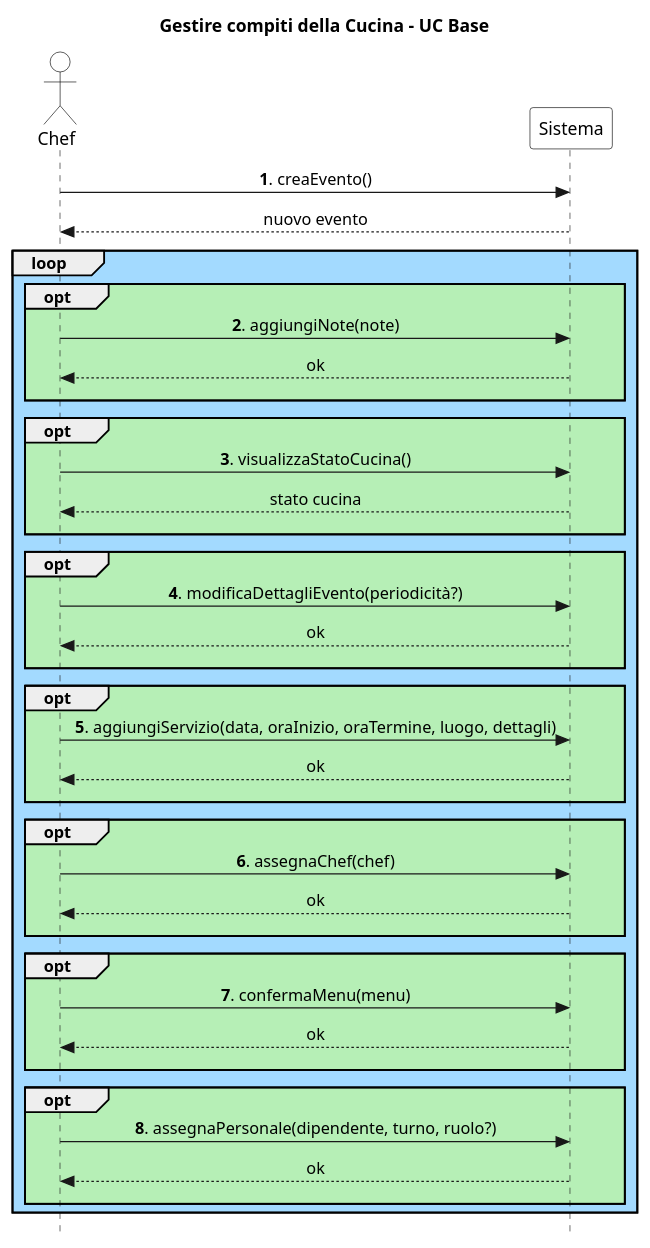
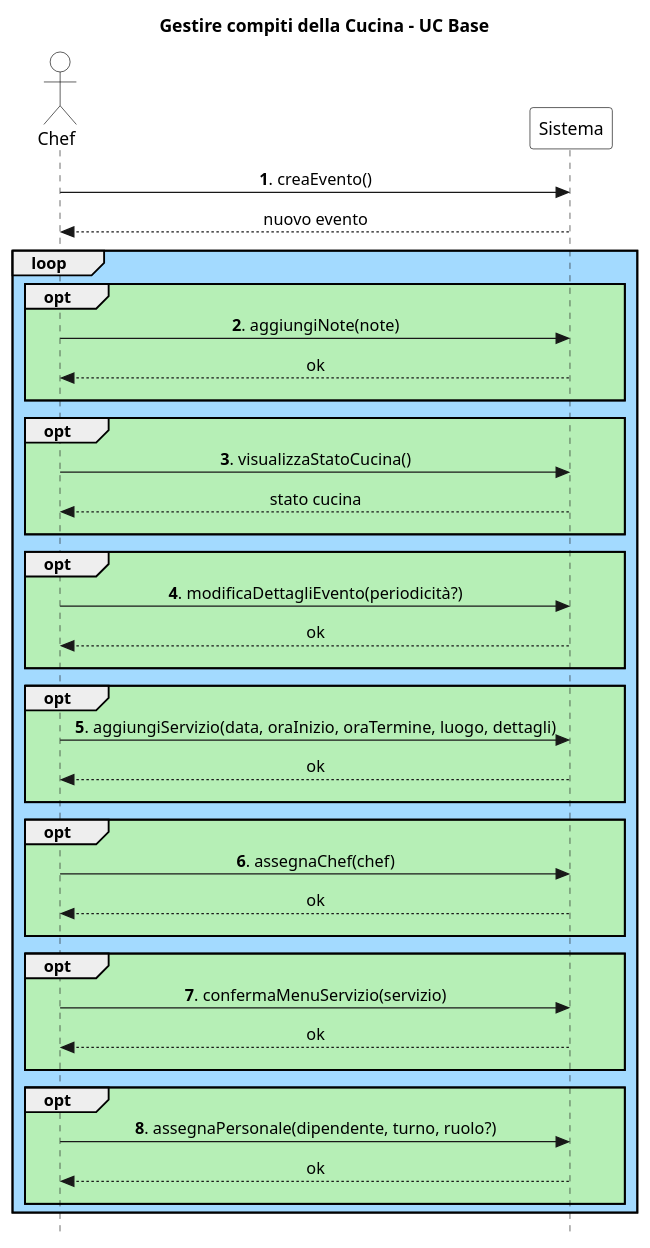
Before and after one commit to stefa168/sas-project: the diagram in UP/Requisiti/UC Gestire Eventi/SSD/Base.puml, drawn with PlantUML.

Commit message:
Modificata firma passo 7

```diff
--- a/UP/Requisiti/UC Gestire Eventi/SSD/Base.puml
+++ b/UP/Requisiti/UC Gestire Eventi/SSD/Base.puml
@@ -1,63 +1,63 @@
 @startuml
 skinparam Style strictuml
 skinparam SequenceMessageAlign center
 
 skinparam sequence {
     ActorBorderColor Black
     ActorBackgroundColor White
     ParticipantBorderColor Black
     ParticipantBackgroundColor White
 }
 
 actor Chef
 participant Sistema
 
 title Gestire compiti della Cucina - UC Base
 
 Chef -> Sistema: **1**. creaEvento()
 return nuovo evento
 
 loop #a3daff
     opt #b6efb6
         Chef -> Sistema: **2**. aggiungiNote(note)
         return ok
         ||10||
     end
 
     opt #b6efb6
         Chef -> Sistema: **3**. visualizzaStatoCucina()
         return stato cucina
         ||10||
     end
 
     opt #b6efb6
         Chef -> Sistema: **4**. modificaDettagliEvento(periodicità?)
         return ok
         ||10||
     end
 
     opt #b6efb6
         Chef -> Sistema: **5**. aggiungiServizio(data, oraInizio, oraTermine, luogo, dettagli)
         return ok
         ||10||
     end
 
     opt #b6efb6
         Chef -> Sistema: **6**. assegnaChef(chef)
         return ok
         ||10||
     end
 
     opt #b6efb6
-        Chef -> Sistema: **7**. confermaMenu(menu)
+        Chef -> Sistema: **7**. confermaMenuServizio(servizio)
         return ok
         ||10||
     end
 
     opt #b6efb6
         Chef -> Sistema: **8**. assegnaPersonale(dipendente, turno, ruolo?)
         return ok
         ||10||
     end
 end
 @enduml
```
